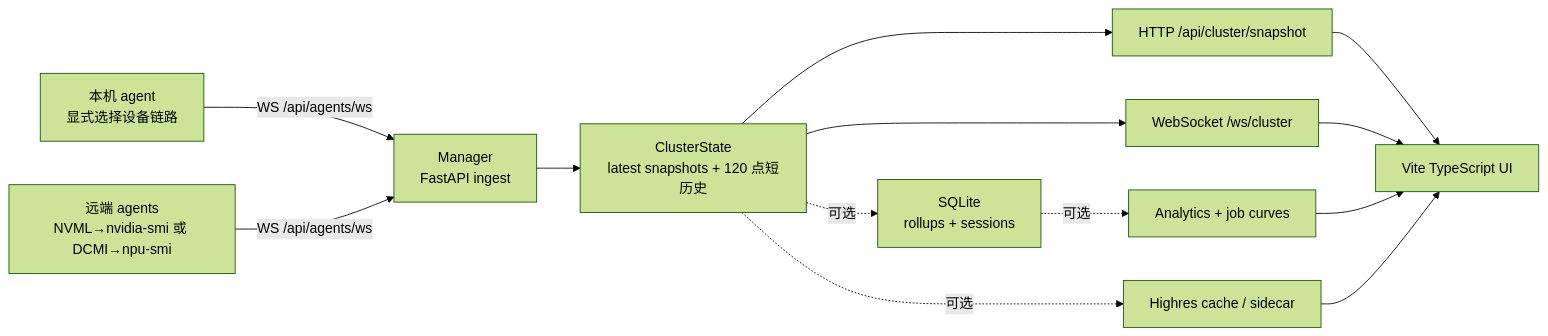
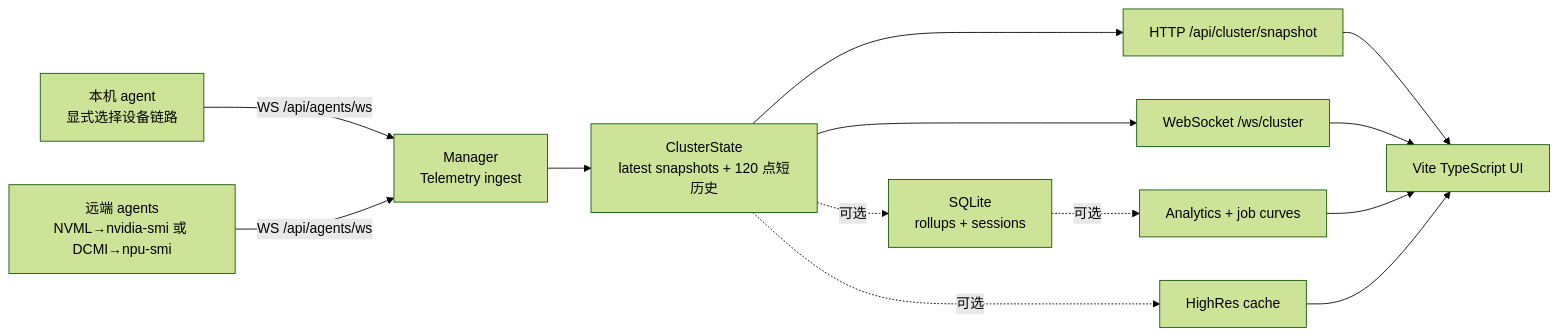
One commit to kuma-loong/Constella changed the diagram in README_zh.md. Above: the diagram before and after it, drawn with Mermaid (forest theme). The commit also changed other lines of this file and 43 other files, not shown here.

````diff
--- a/README_zh.md
+++ b/README_zh.md
@@ -219,15 +142,15 @@
 ```mermaid
 flowchart LR
-  LA["本机 agent<br/>显式选择设备链路"] -->|"WS /api/agents/ws"| M["Manager<br/>FastAPI ingest"]
+  LA["本机 agent<br/>显式选择设备链路"] -->|"WS /api/agents/ws"| M["Manager<br/>Telemetry ingest"]
   RA["远端 agents<br/>NVML→nvidia-smi 或 DCMI→npu-smi"] -->|"WS /api/agents/ws"| M
   M --> S["ClusterState<br/>latest snapshots + 120 点短历史"]
   S --> API["HTTP /api/cluster/snapshot"]
   S --> WS["WebSocket /ws/cluster"]
   S -.可选.-> DB["SQLite<br/>rollups + sessions"]
   DB -.可选.-> AN["Analytics + job curves"]
-  S -.可选.-> HR["Highres cache / sidecar"]
+  S -.可选.-> HR["HighRes cache"]
   API --> UI["Vite TypeScript UI"]
   WS --> UI
   AN --> UI
   HR --> UI
 ```
````
